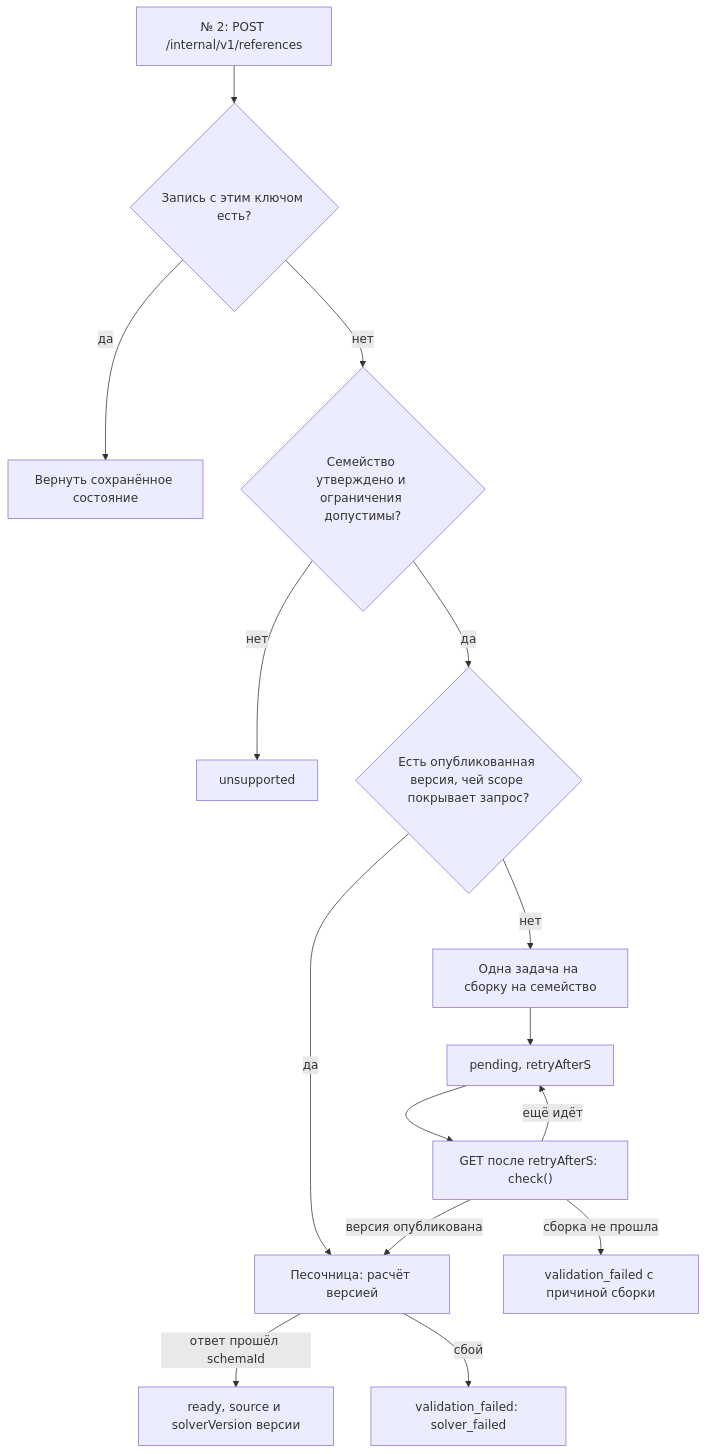
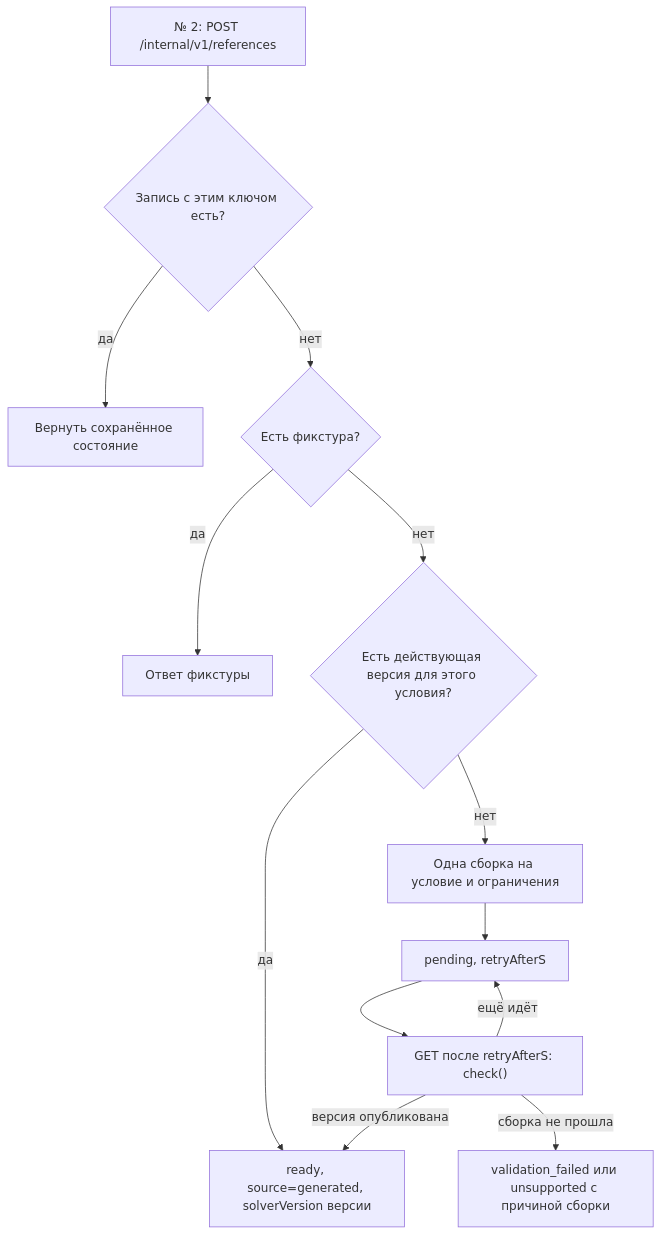
Before and after one commit to Tuitr/gorkyProject: the diagram in services/references/docs/generation.md, drawn with Mermaid. The commit also changed other lines of this file and 30 other files, not shown here.

````diff
--- a/services/references/docs/generation.md
+++ b/services/references/docs/generation.md
@@ -43,17 +42,15 @@
 ```mermaid
 flowchart TD
     post["№ 2: POST /internal/v1/references"] --> key{"Запись с этим ключом есть?"}
     key -- да --> stored["Вернуть сохранённое состояние"]
-    key -- нет --> family{"Семейство утверждено и ограничения допустимы?"}
-    family -- нет --> unsupported["unsupported"]
-    family -- да --> version{"Есть опубликованная версия, чей scope покрывает запрос?"}
-    version -- да --> run["Песочница: расчёт версией"]
-    run -- ответ прошёл schemaId --> ready["ready, source и solverVersion версии"]
-    run -- сбой --> solverFailed["validation_failed: solver_failed"]
-    version -- нет --> build["Одна задача на сборку на семейство"]
+    key -- нет --> fixture{"Есть фикстура?"}
+    fixture -- да --> fixtureOut["Ответ фикстуры"]
+    fixture -- нет --> version{"Есть действующая версия для этого условия?"}
+    version -- да --> ready["ready, source=generated, solverVersion версии"]
+    version -- нет --> build["Одна сборка на условие и ограничения"]
     build --> pending["pending, retryAfterS"]
     pending --> check["GET после retryAfterS: check()"]
-    check -- версия опубликована --> run
-    check -- сборка не прошла --> failed["validation_failed с причиной сборки"]
+    check -- версия опубликована --> ready
+    check -- сборка не прошла --> failed["validation_failed или unsupported с причиной сборки"]
     check -- ещё идёт --> pending
 ```
````
